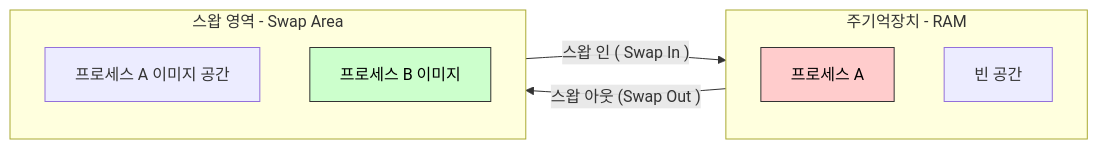
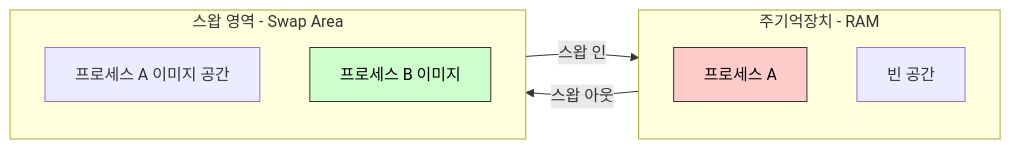
Before and after one commit to hyoguoo/hyoguoo.github.io: the diagram in src/content/docs/docs/operating-system/continuous-memory-allocation.md, drawn with Mermaid. The commit also changed other lines of this file and 29 other files, not shown here.

````diff
--- a/src/content/docs/docs/operating-system/continuous-memory-allocation.md
+++ b/src/content/docs/docs/operating-system/continuous-memory-allocation.md
@@ -22,20 +22,19 @@
 ```mermaid
 flowchart LR
     subgraph Memory [주기억장치 - RAM]
         direction TB
         Mem_A[프로세스 A]
         Mem_Space[빈 공간]
     end
 
     subgraph Disk [스왑 영역 - Swap Area]
         direction TB
         Disk_A_Image[프로세스 A 이미지 공간]
         Disk_B[프로세스 B 이미지]
     end
 
-    Mem_A -- 스왑 아웃 (Swap Out ) --> Disk_A_Image
-Disk_B -- 스왑 인 ( Swap In ) --> Mem_Space
-
-style Mem_A fill: #ffcccc, stroke: #333, color: #000
-style Disk_B fill: #ccffcc, stroke: #333, color: #000
+    Mem_A -- 스왑 아웃 --> Disk_A_Image
+    Disk_B -- 스왑 인 --> Mem_Space
+    style Mem_A fill: #ffcccc,stroke: #333,color: #000
+    style Disk_B fill: #ccffcc,stroke: #333,color: #000
 ```
````
